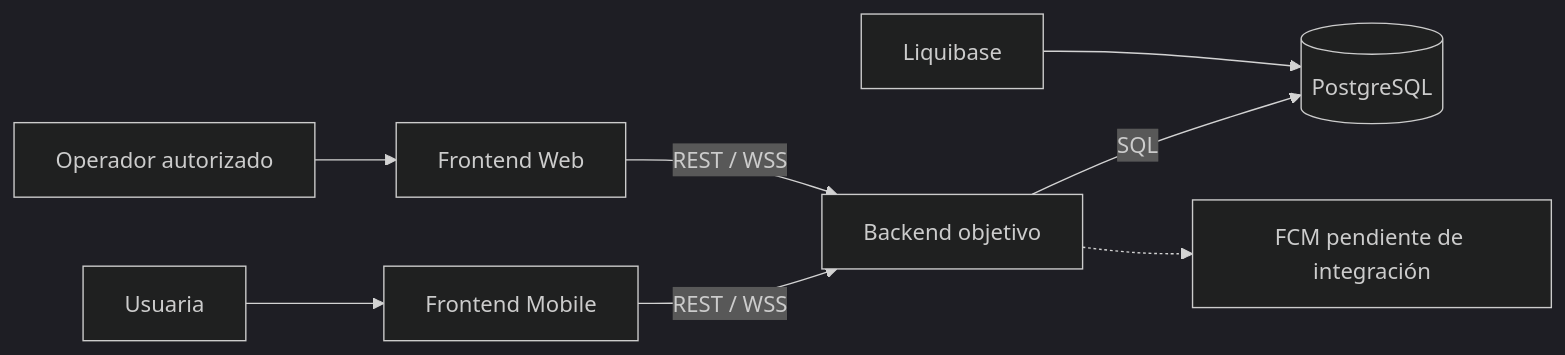
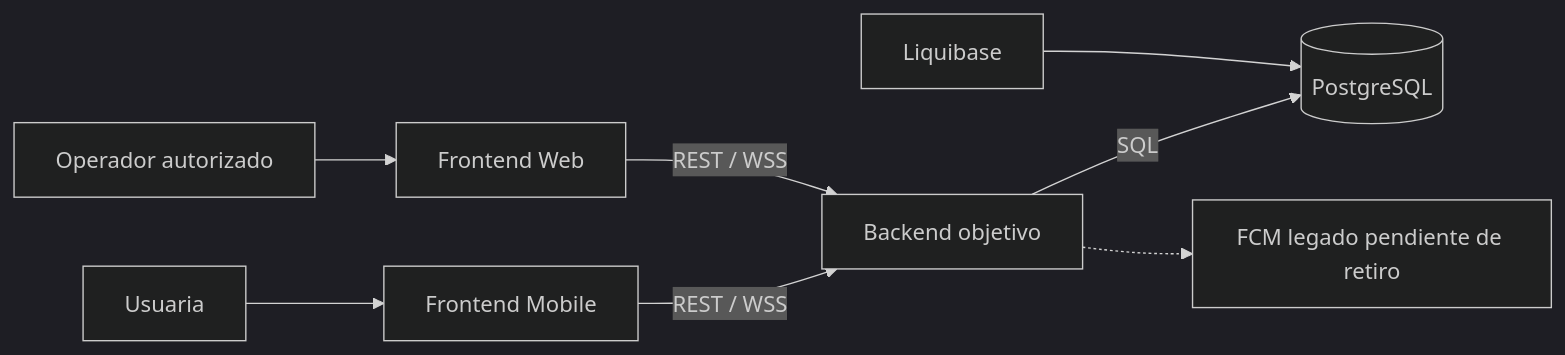
The first of 4 diagrams in 08-uml/diagram-index.md (FreinierCardona/AlertaMujer_Docs), drawn with Mermaid (dark theme) before and after one commit. The commit also changed 43 other files, not shown here.

````diff
--- a/08-uml/diagram-index.md
+++ b/08-uml/diagram-index.md
@@ -8,10 +8,10 @@
 ```mermaid
 flowchart LR
   U[Usuaria] --> M[Frontend Mobile]
   O[Operador autorizado] --> W[Frontend Web]
   M -->|REST / WSS| B[Backend objetivo]
   W -->|REST / WSS| B
   B -->|SQL| D[(PostgreSQL)]
   L[Liquibase] --> D
-  B -.-> F[FCM pendiente de integración]
+  B -.-> F[FCM legado pendiente de retiro]
 ```
````
